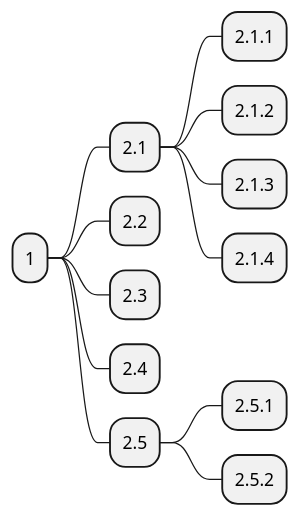
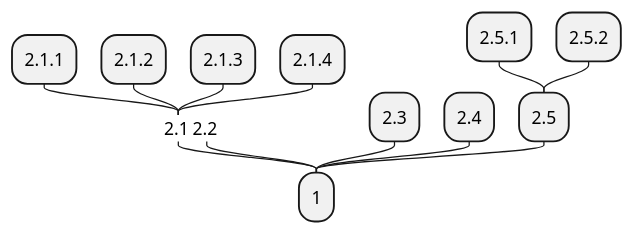
One commit to miguelancabezon/IGPS changed the diagram in documentos/modelosUML/mindmap/primer-mindmap.puml. Above: the diagram before and after it, drawn with PlantUML. The commit also changed 14 other files, not shown here.

```diff
--- a/documentos/modelosUML/mindmap/primer-mindmap.puml
+++ b/documentos/modelosUML/mindmap/primer-mindmap.puml
@@ -1,14 +1,16 @@
 @startmindmap
+top to bottom direction
+left side
 * 1
-** 2.1
+**_ 2.1
 *** 2.1.1
 *** 2.1.2
 *** 2.1.3
 *** 2.1.4
-** 2.2
+**_ 2.2
 ** 2.3
 ** 2.4
 ** 2.5
 *** 2.5.1
 *** 2.5.2
 @endmindmap
```
